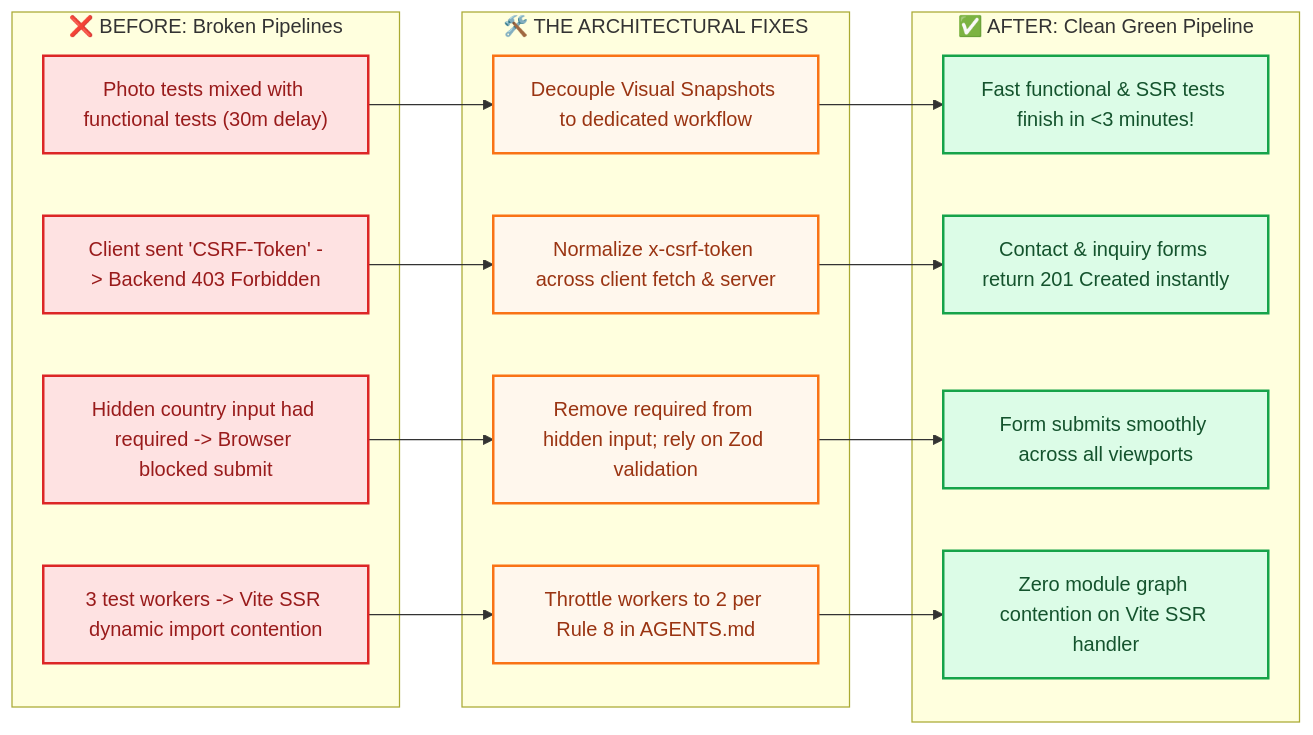
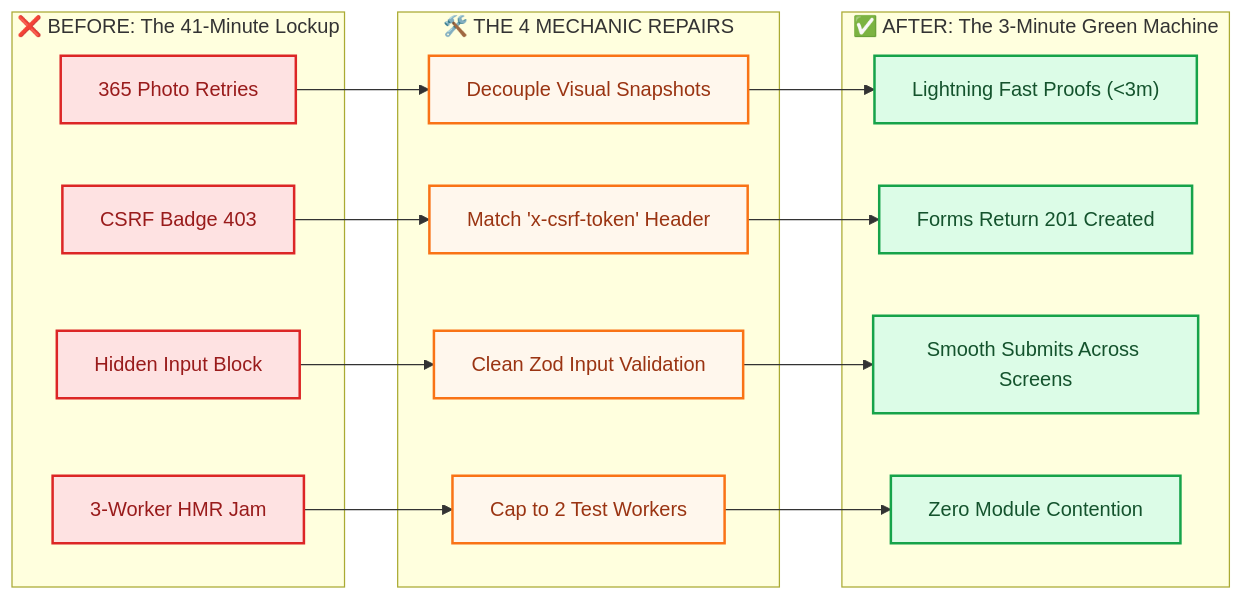
One commit to hateem2121/RUN changed the fifth of 7 diagrams in docs/reports/E2E_FORENSIC_EXPLAINED_FOR_5TH_GRADERS.md. Above: the diagram before and after it, drawn with Mermaid. The commit also changed other lines of this file, not shown here.

Commit message:
docs: refine 5th-grader illustrated forensic report with 5 diagrams and full scorecard

````diff
--- a/docs/reports/E2E_FORENSIC_EXPLAINED_FOR_5TH_GRADERS.md
+++ b/docs/reports/E2E_FORENSIC_EXPLAINED_FOR_5TH_GRADERS.md
@@ -125,32 +185,32 @@
 ```mermaid
 flowchart LR
-    classDef before fill:#fee2e2,stroke:#dc2626,stroke-width:2px,color:#991b1b;
-    classDef fix fill:#fff7ed,stroke:#f97316,stroke-width:2px,color:#9a3412;
-    classDef after fill:#dcfce7,stroke:#16a34a,stroke-width:2px,color:#14532d;
+    classDef red fill:#fee2e2,stroke:#dc2626,stroke-width:2px,color:#991b1b;
+    classDef orange fill:#fff7ed,stroke:#f97316,stroke-width:2px,color:#9a3412;
+    classDef green fill:#dcfce7,stroke:#16a34a,stroke-width:2px,color:#14532d;
 
-    subgraph Before["❌ BEFORE: Broken Pipelines"]
-        B1["Photo tests mixed with functional tests (30m delay)"]:::before
-        B2["Client sent 'CSRF-Token' -> Backend 403 Forbidden"]:::before
-        B3["Hidden country input had required -> Browser blocked submit"]:::before
-        B4["3 test workers -> Vite SSR dynamic import contention"]:::before
+    subgraph BEFORE["❌ BEFORE: The 41-Minute Lockup"]
+        B1["365 Photo Retries"]:::red
+        B2["CSRF Badge 403"]:::red
+        B3["Hidden Input Block"]:::red
+        B4["3-Worker HMR Jam"]:::red
     end
 
-    subgraph Actions["🛠️ THE ARCHITECTURAL FIXES"]
-        A1["Decouple Visual Snapshots to dedicated workflow"]:::fix
-        A2["Normalize x-csrf-token across client fetch & server"]:::fix
-        A3["Remove required from hidden input; rely on Zod validation"]:::fix
-        A4["Throttle workers to 2 per Rule 8 in AGENTS.md"]:::fix
+    subgraph FIXES["🛠️ THE 4 MECHANIC REPAIRS"]
+        F1["Decouple Visual Snapshots"]:::orange
+        F2["Match 'x-csrf-token' Header"]:::orange
+        F3["Clean Zod Input Validation"]:::orange
+        F4["Cap to 2 Test Workers"]:::orange
     end
 
-    subgraph After["✅ AFTER: Clean Green Pipeline"]
-        C1["Fast functional & SSR tests finish in <3 minutes!"]:::after
-        C2["Contact & inquiry forms return 201 Created instantly"]:::after
-        C3["Form submits smoothly across all viewports"]:::after
-        C4["Zero module graph contention on Vite SSR handler"]:::after
+    subgraph AFTER["✅ AFTER: The 3-Minute Green Machine"]
+        A1["Lightning Fast Proofs (<3m)"]:::green
+        A2["Forms Return 201 Created"]:::green
+        A3["Smooth Submits Across Screens"]:::green
+        A4["Zero Module Contention"]:::green
     end
 
-    B1 --> A1 --> C1
-    B2 --> A2 --> C2
-    B3 --> A3 --> C3
-    B4 --> A4 --> C4
+    B1 --> F1 --> A1
+    B2 --> F2 --> A2
+    B3 --> F3 --> A3
+    B4 --> F4 --> A4
 ```
````
